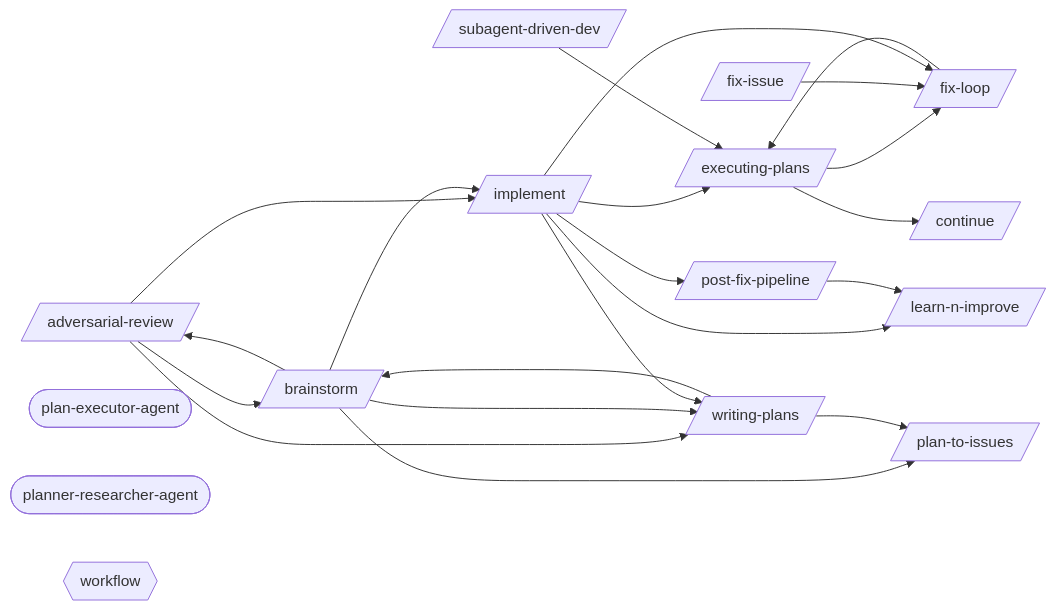
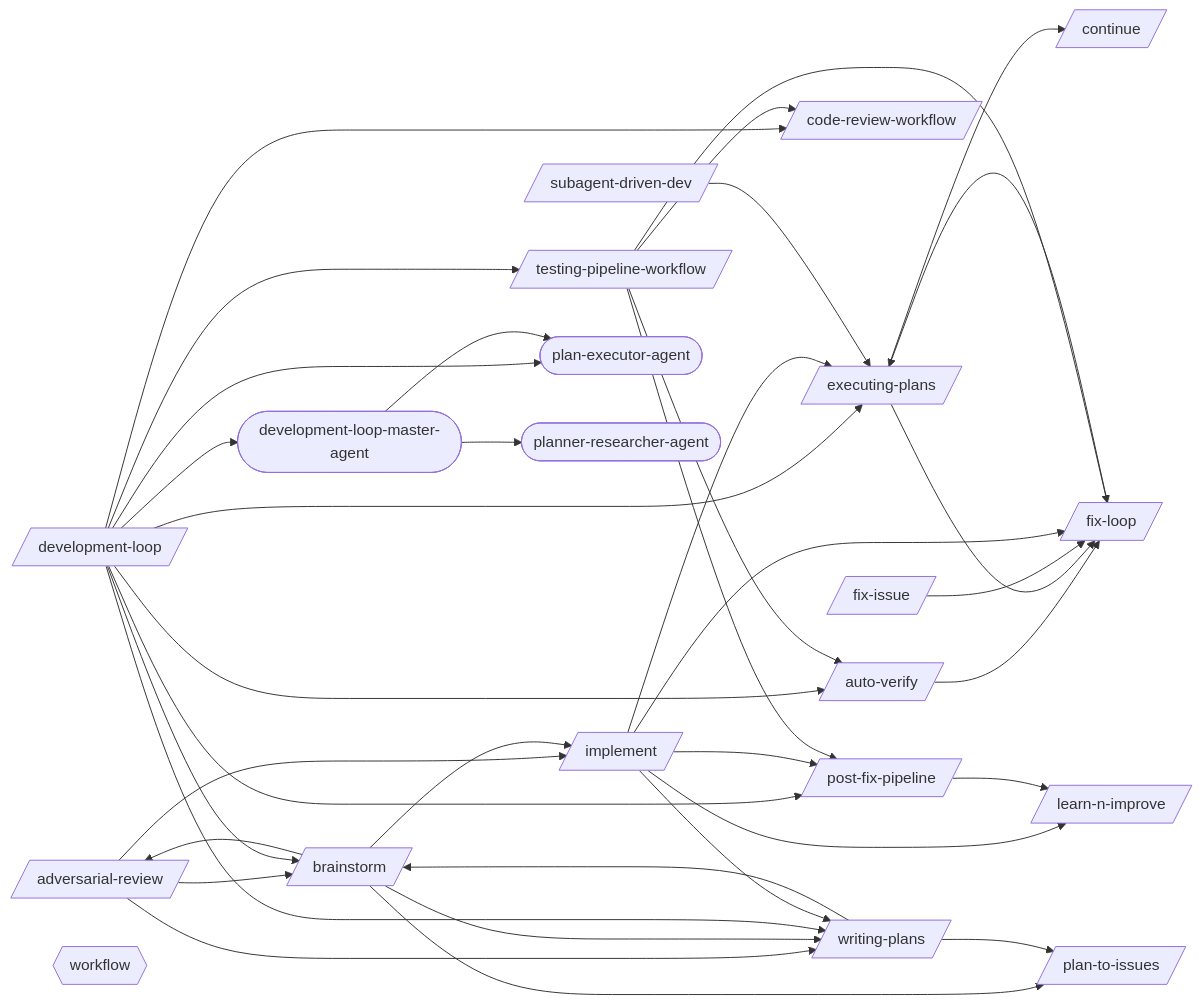
The first of 2 diagrams in docs/workflows/development-loop.md (abhayla/claude-best-practices), drawn with Mermaid before and after one commit. The commit also changed other lines of this file and 11 other files, not shown here.

````diff
--- a/docs/workflows/development-loop.md
+++ b/docs/workflows/development-loop.md
@@ -9,38 +9,59 @@
 ```mermaid
 graph LR
     adversarial_review[/adversarial-review/]
+    auto_verify[/auto-verify/]
     brainstorm[/brainstorm/]
+    code_review_workflow[/code-review-workflow/]
     continue[/continue/]
+    development_loop[/development-loop/]
     executing_plans[/executing-plans/]
     fix_issue[/fix-issue/]
     fix_loop[/fix-loop/]
     implement[/implement/]
     learn_n_improve[/learn-n-improve/]
     plan_to_issues[/plan-to-issues/]
     post_fix_pipeline[/post-fix-pipeline/]
     subagent_driven_dev[/subagent-driven-dev/]
+    testing_pipeline_workflow[/testing-pipeline-workflow/]
     writing_plans[/writing-plans/]
+    development_loop_master_agent([development-loop-master-agent])
     plan_executor_agent([plan-executor-agent])
     planner_researcher_agent([planner-researcher-agent])
     workflow{{workflow}}
     adversarial_review --> brainstorm
     adversarial_review --> implement
     adversarial_review --> writing_plans
+    auto_verify --> fix_loop
     brainstorm --> adversarial_review
     brainstorm --> implement
     brainstorm --> plan_to_issues
     brainstorm --> writing_plans
+    development_loop --> auto_verify
+    development_loop --> brainstorm
+    development_loop --> code_review_workflow
+    development_loop --> executing_plans
+    development_loop --> post_fix_pipeline
+    development_loop --> testing_pipeline_workflow
+    development_loop --> writing_plans
+    development_loop --> development_loop_master_agent
+    development_loop --> plan_executor_agent
     executing_plans --> continue
     executing_plans --> fix_loop
     fix_issue --> fix_loop
     fix_loop --> executing_plans
     implement --> executing_plans
     implement --> fix_loop
     implement --> learn_n_improve
     implement --> post_fix_pipeline
     implement --> writing_plans
     post_fix_pipeline --> learn_n_improve
     subagent_driven_dev --> executing_plans
+    testing_pipeline_workflow --> auto_verify
+    testing_pipeline_workflow --> code_review_workflow
+    testing_pipeline_workflow --> fix_loop
+    testing_pipeline_workflow --> post_fix_pipeline
     writing_plans --> brainstorm
     writing_plans --> plan_to_issues
+    development_loop_master_agent --> plan_executor_agent
+    development_loop_master_agent --> planner_researcher_agent
 ```
````
